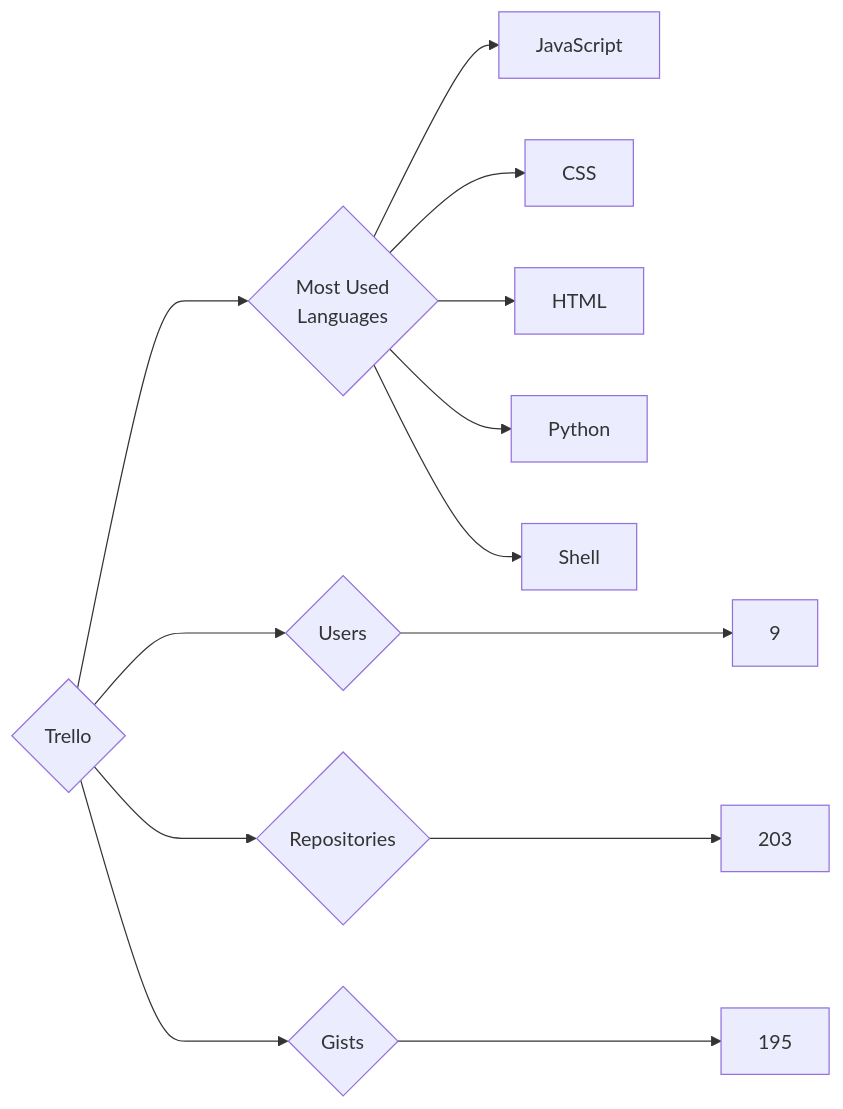
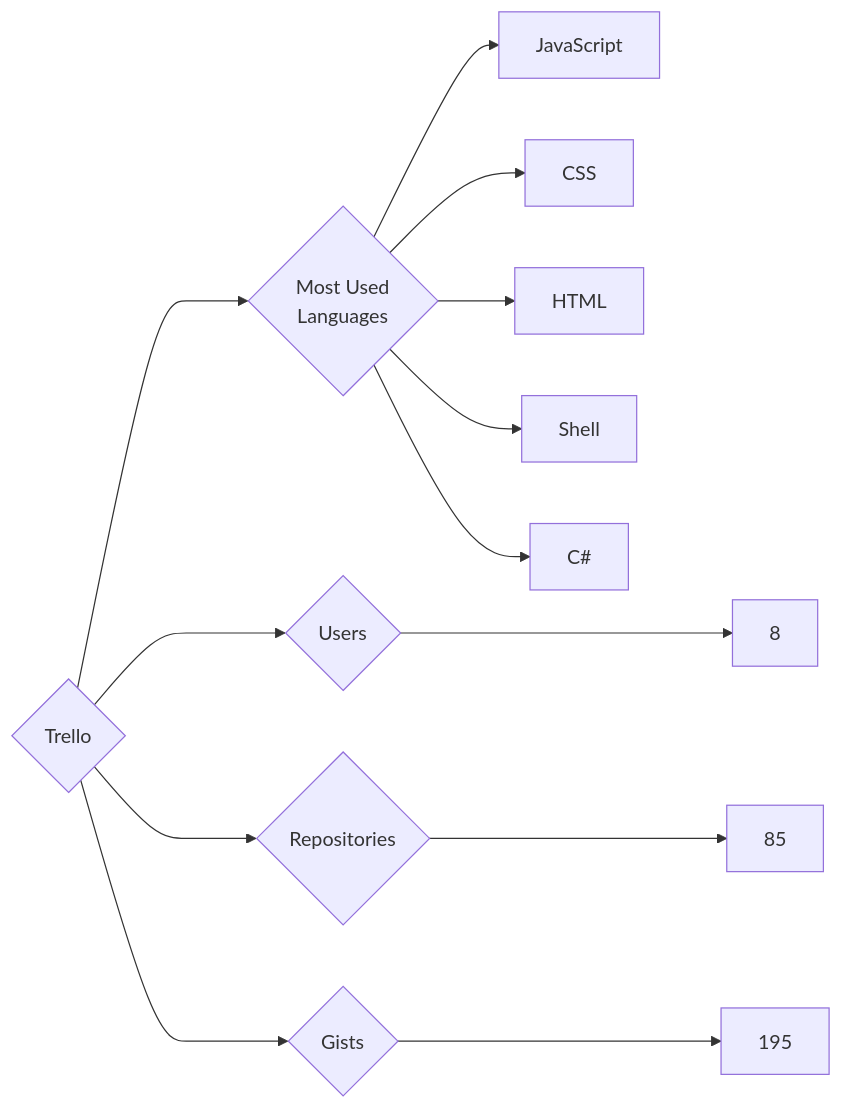
One commit to trickest/insiders changed the diagram in targets/Trello/README.md. Above: the diagram before and after it, drawn with Mermaid. The commit also changed 823 other files, not shown here.

````diff
--- a/targets/Trello/README.md
+++ b/targets/Trello/README.md
@@ -3,13 +3,13 @@
 ```mermaid
 graph LR
 COMPANY_NAME{Trello}
-COMPANY_NAME ---> U{Users} ---> UN[9]
-COMPANY_NAME ---> R{Repositories} ---> RN[203]
+COMPANY_NAME ---> U{Users} ---> UN[8]
+COMPANY_NAME ---> R{Repositories} ---> RN[85]
 COMPANY_NAME ---> G{Gists} ---> GN[195]
 COMPANY_NAME ---> ML{Most Used<br>Languages}
 ML --> JavaScript[JavaScript]
 ML --> CSS[CSS]
 ML --> HTML[HTML]
-ML --> Python[Python]
 ML --> Shell[Shell]
+ML --> C#[C#]
 ```
````
